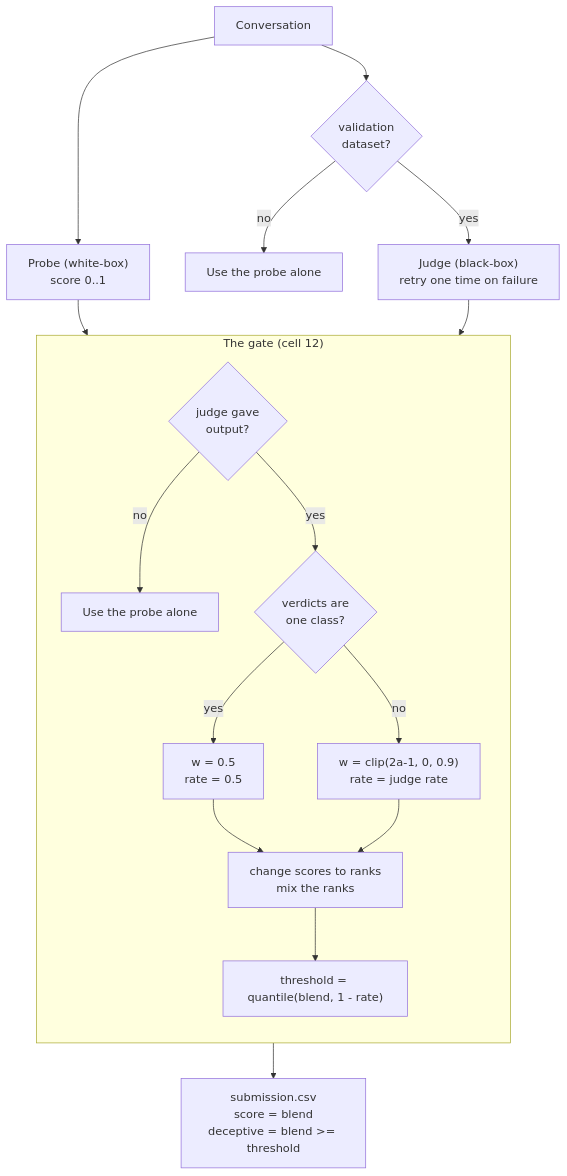
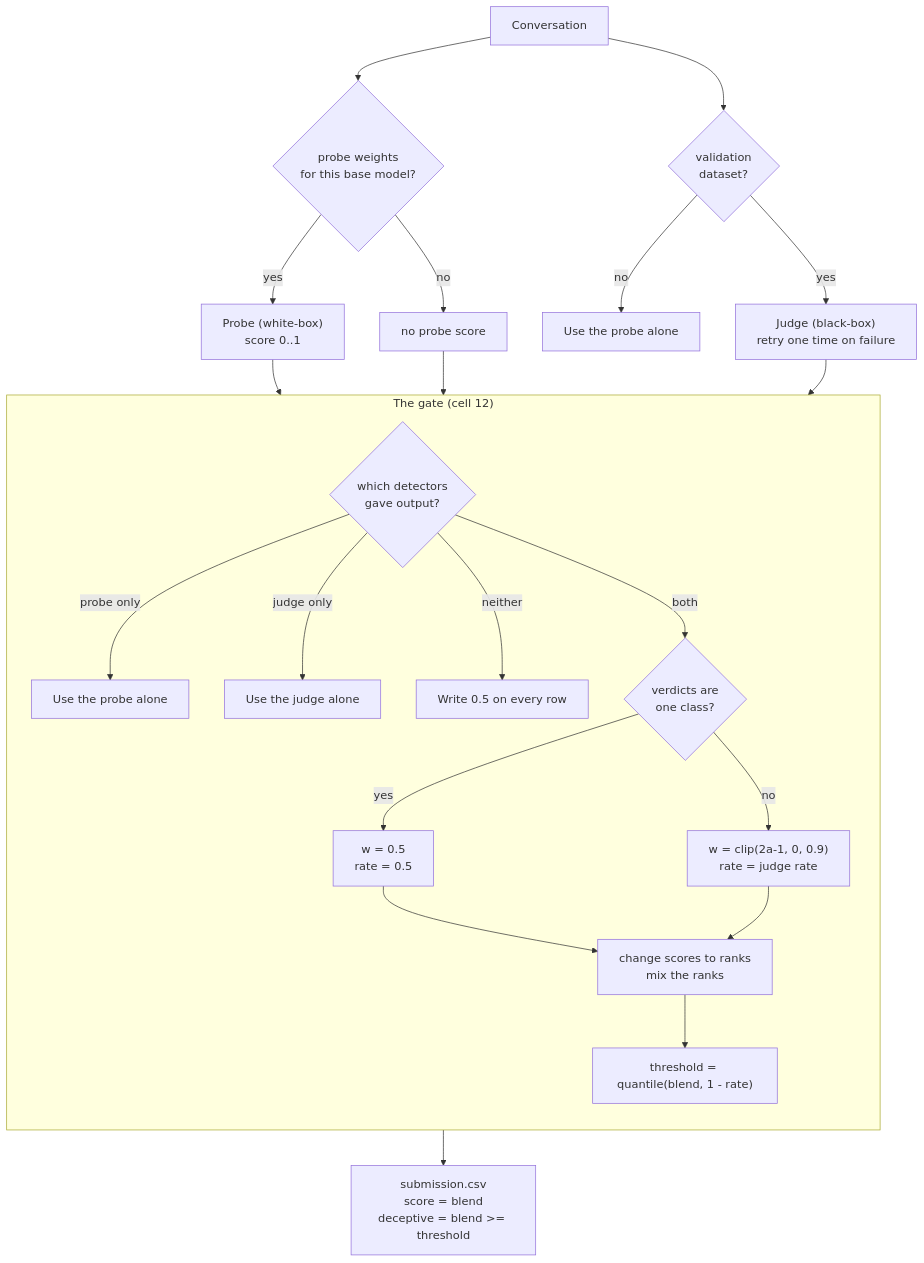
Before and after one commit to Jazhyc/aletheia-quest-sain-groningen: the diagram in docs/sonic_v2_3_CHANGES.md, drawn with Mermaid. The commit also changed other lines of this file and 1 other file, not shown here.

Commit message:
small tweaks, fall back to judge completely if no matching probe exists JUST IN CASE

````diff
--- a/docs/sonic_v2_3_CHANGES.md
+++ b/docs/sonic_v2_3_CHANGES.md
@@ -216,21 +233,26 @@
 ```mermaid
 flowchart TD
-    CONV["Conversation"] --> PROBE["Probe (white-box)<br/>score 0..1"]
+    CONV["Conversation"] --> WEIGHTS{"probe weights<br/>for this base model?"}
+    WEIGHTS -- "yes" --> PROBE["Probe (white-box)<br/>score 0..1"]
+    WEIGHTS -- "no" --> NOPROBE["no probe score"]
     CONV --> SPLIT{"validation<br/>dataset?"}
     SPLIT -- "no" --> PROBEONLY["Use the probe alone"]
     SPLIT -- "yes" --> JUDGE["Judge (black-box)<br/>retry one time on failure"]
     PROBE --> GATE
+    NOPROBE --> GATE
     JUDGE --> GATE
     subgraph GATE ["The gate (cell 12)"]
         direction TB
-        S1{"judge gave<br/>output?"}
-        S1 -- "no" --> S2["Use the probe alone"]
-        S1 -- "yes" --> S3{"verdicts are<br/>one class?"}
+        S1{"which detectors<br/>gave output?"}
+        S1 -- "probe only" --> S2["Use the probe alone"]
+        S1 -- "judge only" --> S2B["Use the judge alone"]
+        S1 -- "neither" --> S2C["Write 0.5 on every row"]
+        S1 -- "both" --> S3{"verdicts are<br/>one class?"}
         S3 -- "yes" --> S4["w = 0.5<br/>rate = 0.5"]
         S3 -- "no" --> S5["w = clip(2a-1, 0, 0.9)<br/>rate = judge rate"]
         S4 --> S6["change scores to ranks<br/>mix the ranks"]
         S5 --> S6
         S6 --> S7["threshold = quantile(blend, 1 - rate)"]
     end
     GATE --> OUT["submission.csv<br/>score = blend<br/>deceptive = blend >= threshold"]
 ```
````
